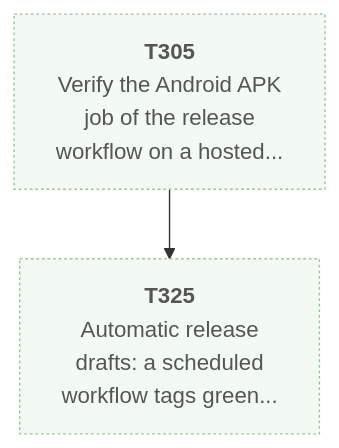
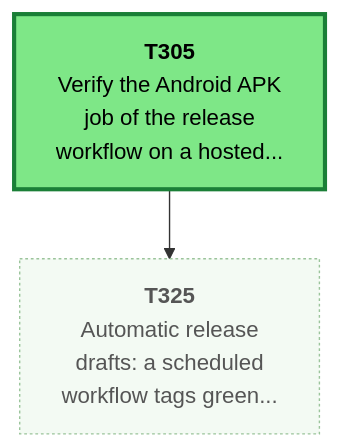
The second of 4 diagrams in csharp/migration/DEPENDENCY_MAP.md (Kenmura/UncivSharp), drawn with Mermaid before and after one commit. The commit also changed other lines of this file and 2 other files, not shown here.

````diff
--- a/csharp/migration/DEPENDENCY_MAP.md
+++ b/csharp/migration/DEPENDENCY_MAP.md
@@ -73,15 +92,15 @@
 ```mermaid
 flowchart TD
   T305["<b>T305</b><br/>Verify the Android APK<br/>job of the release<br/>workflow on a hosted..."]
   T325["<b>T325</b><br/>Automatic release<br/>drafts: a scheduled<br/>workflow tags green..."]
   T305 --> T325
   classDef waiting fill:#f3faf3,stroke:#9bc49b,color:#555,stroke-dasharray:2 2
   classDef ondeck fill:#ffe8cc,stroke:#e8590c,stroke-width:3px,color:#000
   classDef ready fill:#7ee787,stroke:#1a7f37,stroke-width:3px,color:#000
   classDef prog fill:#fff3b0,stroke:#b58900,color:#000
   classDef review fill:#cfe4ff,stroke:#1f6feb,color:#000
   classDef blocked fill:#ffd6d6,stroke:#c62828,color:#000
   classDef done fill:#eeeeee,stroke:#999999,color:#666,stroke-dasharray:4 3
-  class T305 waiting
+  class T305 ready
   class T325 waiting
 ```
````
